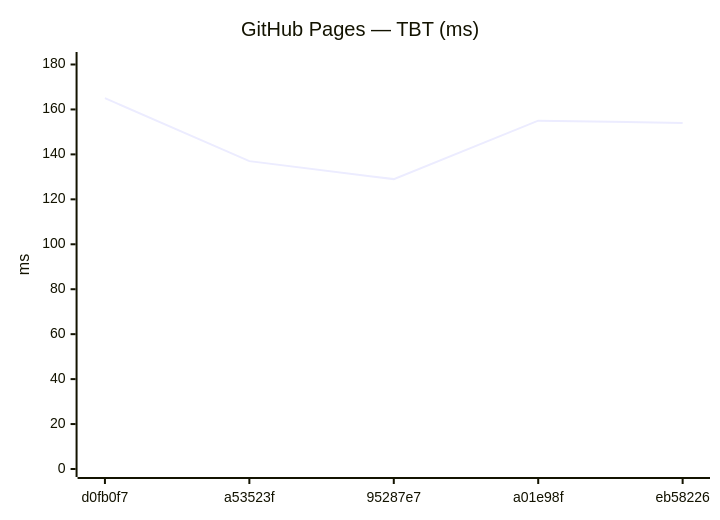
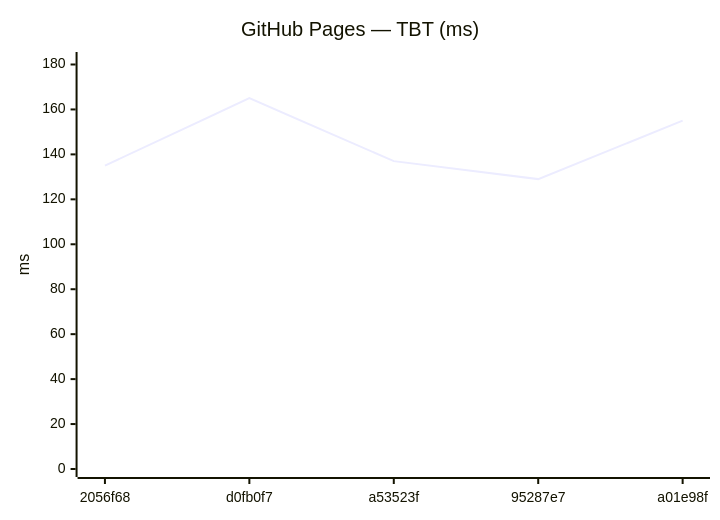
The tenth of 18 diagrams in benchmarks/compare.md (Metaheurist/Rianell), drawn with Mermaid before and after one commit. The commit also changed other lines of this file and 11 other files, not shown here.

````diff
--- a/benchmarks/compare.md
+++ b/benchmarks/compare.md
@@ -149,7 +149,7 @@
 ```mermaid
 xychart-beta
     title "GitHub Pages — TBT (ms)"
-    x-axis ["d0fb0f7", "a53523f", "95287e7", "a01e98f", "eb58226"]
+    x-axis ["2056f68", "d0fb0f7", "a53523f", "95287e7", "a01e98f"]
     y-axis "ms" 0 --> 182
-    line [165, 137, 129, 155, 154]
+    line [135, 165, 137, 129, 155]
 ```
````
